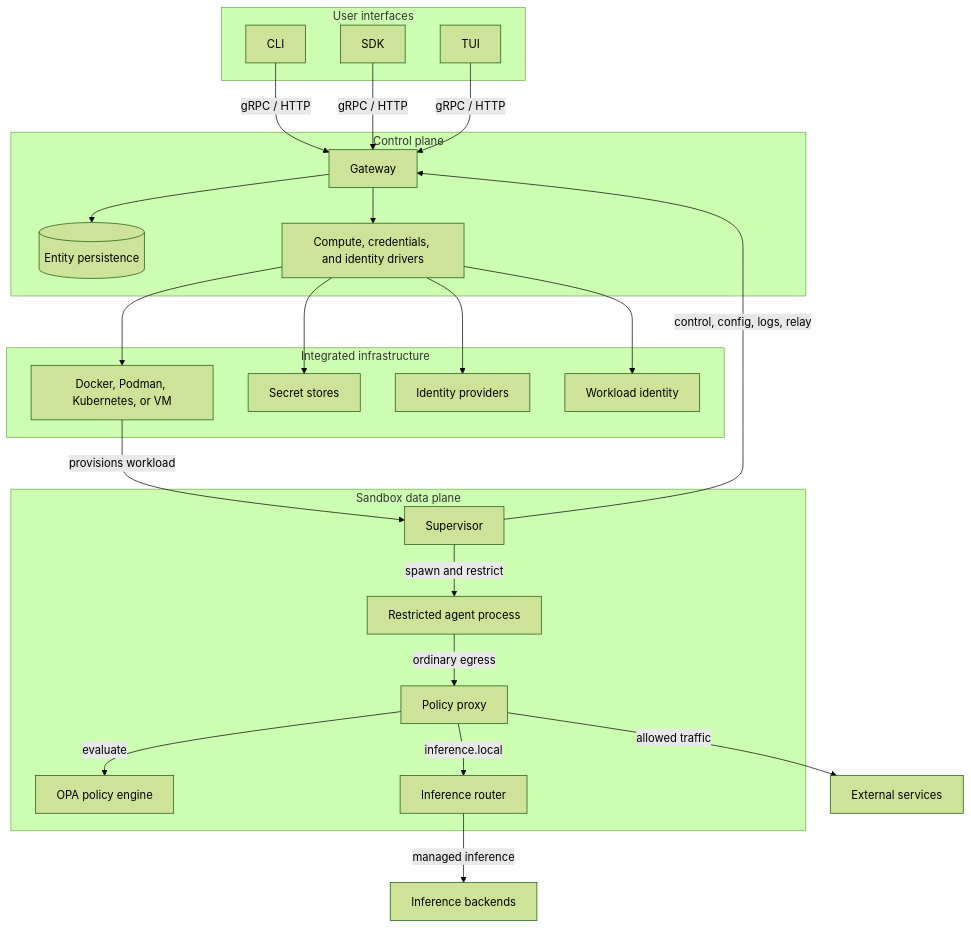
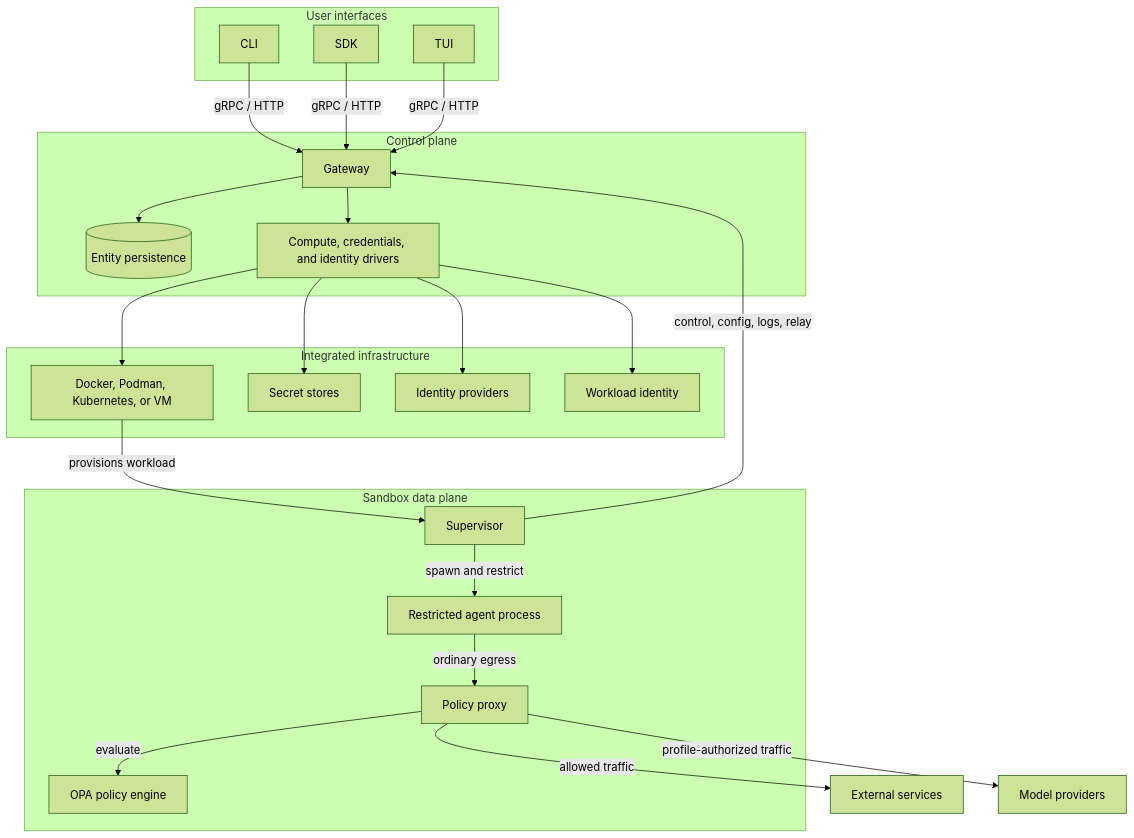
The diagram in docs/about/how-it-works.mdx (NVIDIA/OpenShell), drawn with Mermaid (forest theme) before and after one commit. The commit also changed other lines of this file and 142 other files, not shown here.

First line of the commit message:
refactor(inference): remove managed inference routes

````diff
--- a/docs/about/how-it-works.mdx
+++ b/docs/about/how-it-works.mdx
@@ -23,47 +23,45 @@
 ```mermaid
 flowchart TB
     subgraph UI["User interfaces"]
         CLI["CLI"]
         SDK["SDK"]
         TUI["TUI"]
     end
 
     subgraph CP["Control plane"]
         GW["Gateway"]
         DB[("Entity persistence")]
         DRIVERS["Compute, credentials, and identity drivers"]
     end
 
     subgraph INFRA["Integrated infrastructure"]
         RUNTIME["Docker, Podman, Kubernetes, or VM"]
         SECRETSTORE["Secret stores"]
         IDP["Identity providers"]
         WORKLOADID["Workload identity"]
     end
 
     subgraph DP["Sandbox data plane"]
         SUP["Supervisor"]
         AGENT["Restricted agent process"]
         PROXY["Policy proxy"]
         POLICY["OPA policy engine"]
-        ROUTER["Inference router"]
     end
 
     CLI -->|"gRPC / HTTP"| GW
     SDK -->|"gRPC / HTTP"| GW
     TUI -->|"gRPC / HTTP"| GW
     GW --> DB
     GW --> DRIVERS
     DRIVERS --> RUNTIME
     DRIVERS --> SECRETSTORE
     DRIVERS --> IDP
     DRIVERS --> WORKLOADID
     RUNTIME -->|"provisions workload"| SUP
     SUP -->|"control, config, logs, relay"| GW
     SUP -->|"spawn and restrict"| AGENT
     AGENT -->|"ordinary egress"| PROXY
     PROXY -->|"evaluate"| POLICY
     PROXY -->|"allowed traffic"| EXT["External services"]
-    PROXY -->|"inference.local"| ROUTER
-    ROUTER -->|"managed inference"| MODEL["Inference backends"]
+    PROXY -->|"profile-authorized traffic"| MODEL["Model providers"]
 ```
````
